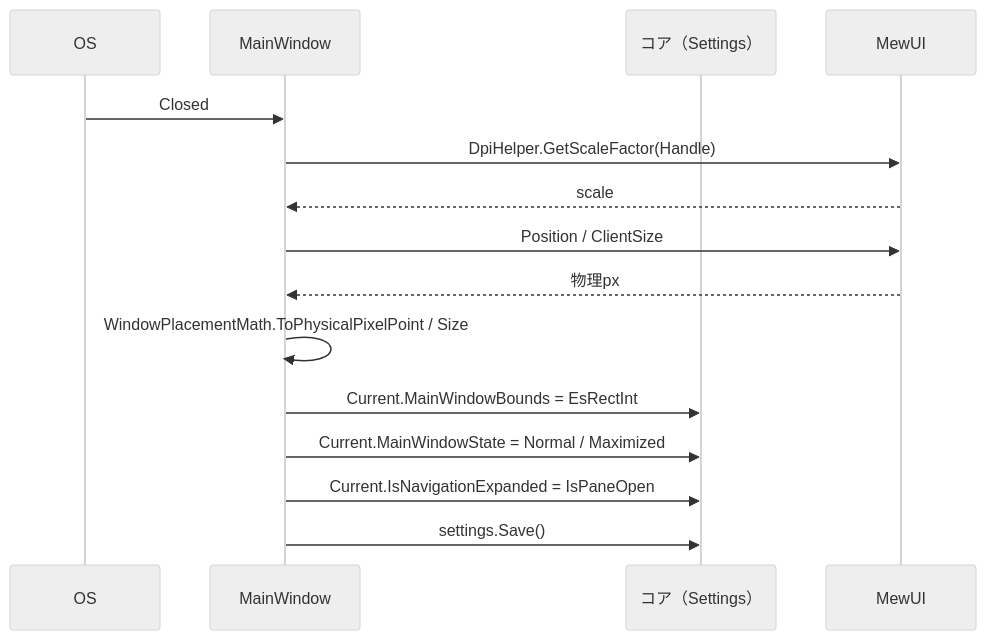
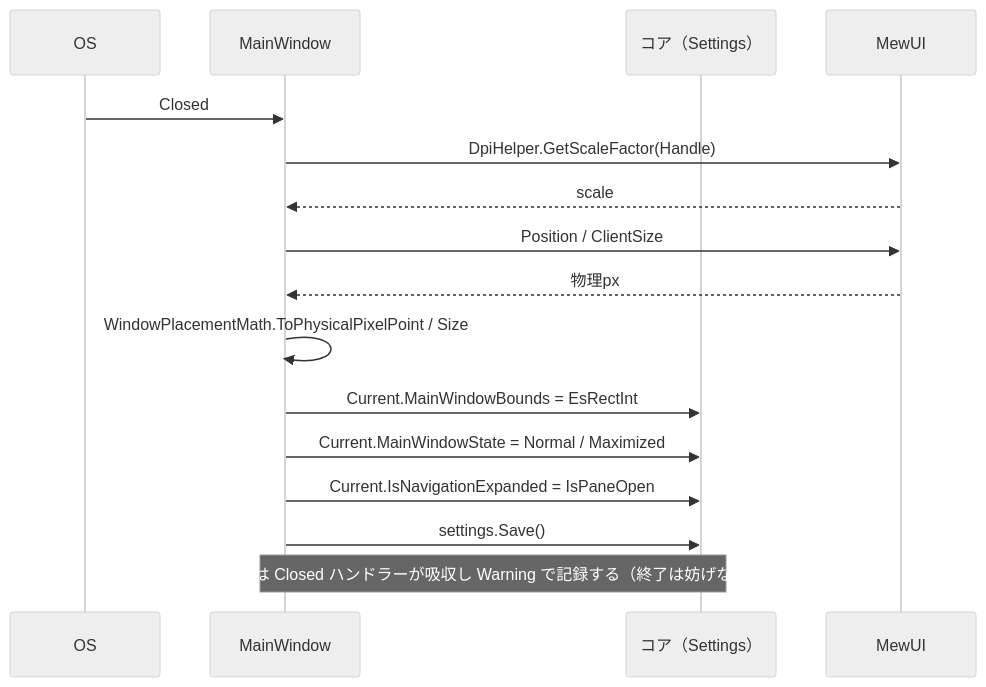
Before and after one commit to tomokuni/SaveEvidence: the tenth of 12 diagrams in src/App.MewUI/docs/SPEC_System.md, drawn with Mermaid (neutral theme). The commit also changed other lines of this file and 3 other files, not shown here.

````diff
--- a/src/App.MewUI/docs/SPEC_System.md
+++ b/src/App.MewUI/docs/SPEC_System.md
@@ -549,18 +549,19 @@
 ```mermaid
 sequenceDiagram
     participant OS
     participant W as MainWindow
     participant C as コア（Settings）
     participant MW as MewUI
 
     OS->>W: Closed
     W->>MW: DpiHelper.GetScaleFactor(Handle)
     MW-->>W: scale
     W->>MW: Position / ClientSize
     MW-->>W: 物理px
     W->>W: WindowPlacementMath.ToPhysicalPixelPoint / Size
     W->>C: Current.MainWindowBounds = EsRectInt
     W->>C: Current.MainWindowState = Normal / Maximized
     W->>C: Current.IsNavigationExpanded = IsPaneOpen
     W->>C: settings.Save()
+    Note over W,C: 例外は Closed ハンドラーが吸収し Warning で記録する（終了は妨げない）
 ```
````
